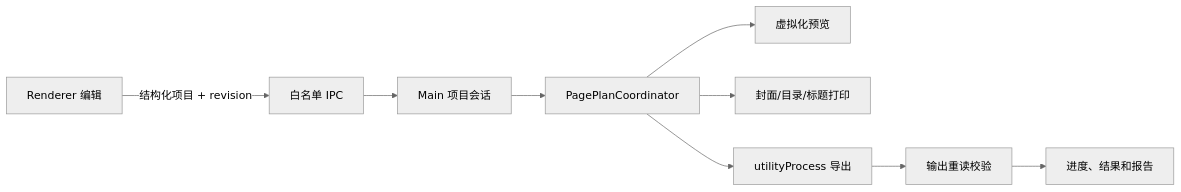
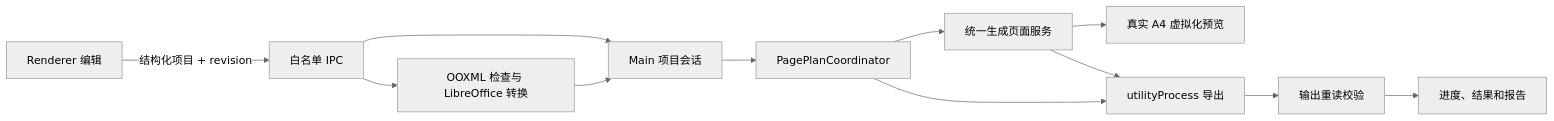
Before and after one commit to JulianXiang/SupportPackBuilder: the diagram in docs/ARCHITECTURE.md, drawn with Mermaid (neutral theme). The commit also changed other lines of this file and 72 other files, not shown here.

````diff
--- a/docs/ARCHITECTURE.md
+++ b/docs/ARCHITECTURE.md
@@ -42,11 +46,14 @@
 ```mermaid
 flowchart LR
   UI["Renderer 编辑"] -->|"结构化项目 + revision"| IPC["白名单 IPC"]
   IPC --> SESSION["Main 项目会话"]
+  IPC --> CONVERT["OOXML 检查与 LibreOffice 转换"]
+  CONVERT --> SESSION
   SESSION --> PLAN["PagePlanCoordinator"]
-  PLAN --> PREVIEW["虚拟化预览"]
-  PLAN --> PRINT["封面/目录/标题打印"]
+  PLAN --> PRINT["统一生成页面服务"]
+  PRINT --> PREVIEW["真实 A4 虚拟化预览"]
   PLAN --> WORKER["utilityProcess 导出"]
+  PRINT --> WORKER
   WORKER --> VERIFY["输出重读校验"]
   VERIFY --> RESULT["进度、结果和报告"]
 ```
````
